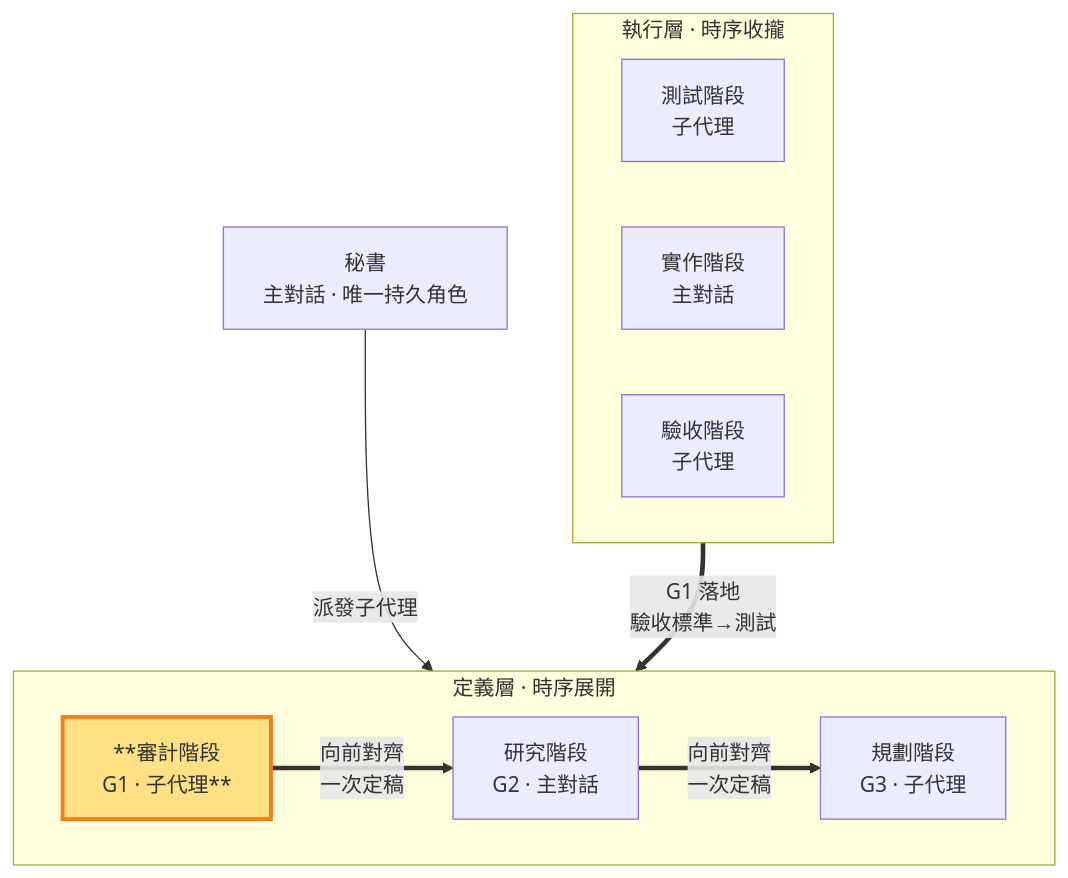
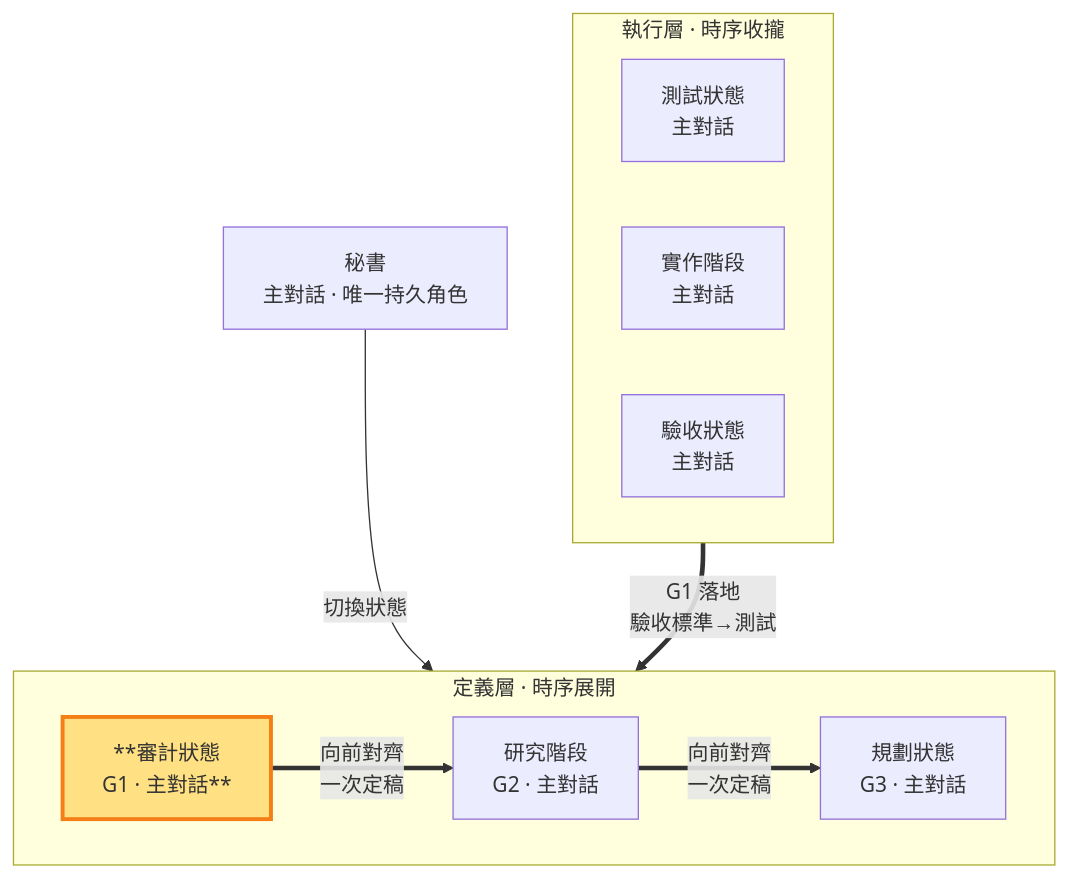
One commit to teps3105/shiftblame changed the diagram in skills/shiftblame/references/AUDIT.md. Above: the diagram before and after it, drawn with Mermaid. The commit also changed other lines of this file and 31 other files, not shown here.

````diff
--- a/skills/shiftblame/references/AUDIT.md
+++ b/skills/shiftblame/references/AUDIT.md
@@ -15,21 +15,21 @@
 ```mermaid
 flowchart TB
     SEC[秘書<br/>主對話 · 唯一持久角色]
     subgraph Consult["定義層 · 時序展開"]
         direction LR
-        AUD["**審計階段<br/>G1 · 子代理**"]:::thisrole
+        AUD["**審計狀態<br/>G1 · 主對話**"]:::thisrole
         RES["研究階段<br/>G2 · 主對話"]
-        PLA["規劃階段<br/>G3 · 子代理"]
+        PLA["規劃狀態<br/>G3 · 主對話"]
     end
     subgraph Build["執行層 · 時序收攏"]
         direction LR
-        TST["測試階段<br/>子代理"]
+        TST["測試狀態<br/>主對話"]
         DEV["實作階段<br/>主對話"]
-        ACC["驗收階段<br/>子代理"]
+        ACC["驗收狀態<br/>主對話"]
     end
-    SEC -- 派發子代理 --> AUD
+    SEC -- 切換狀態 --> AUD
     TST == "G1 落地<br/>驗收標準→測試" ==> AUD
     AUD == "向前對齊<br/>一次定稿" ==> RES
     RES == "向前對齊<br/>一次定稿" ==> PLA
     classDef thisrole fill:#ffe082,stroke:#f57f17,stroke-width:3px;
 ```
````
